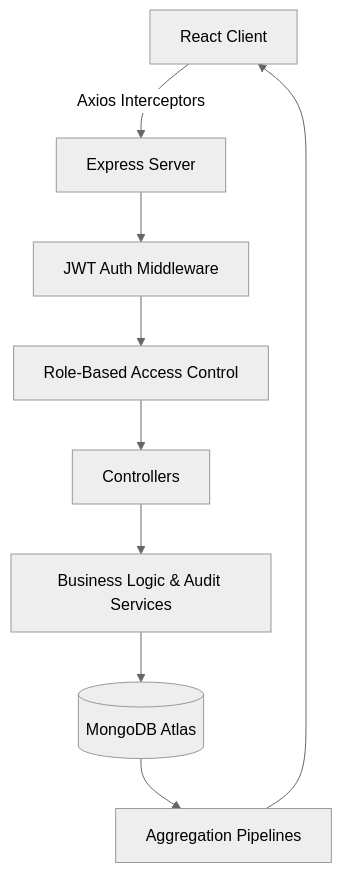
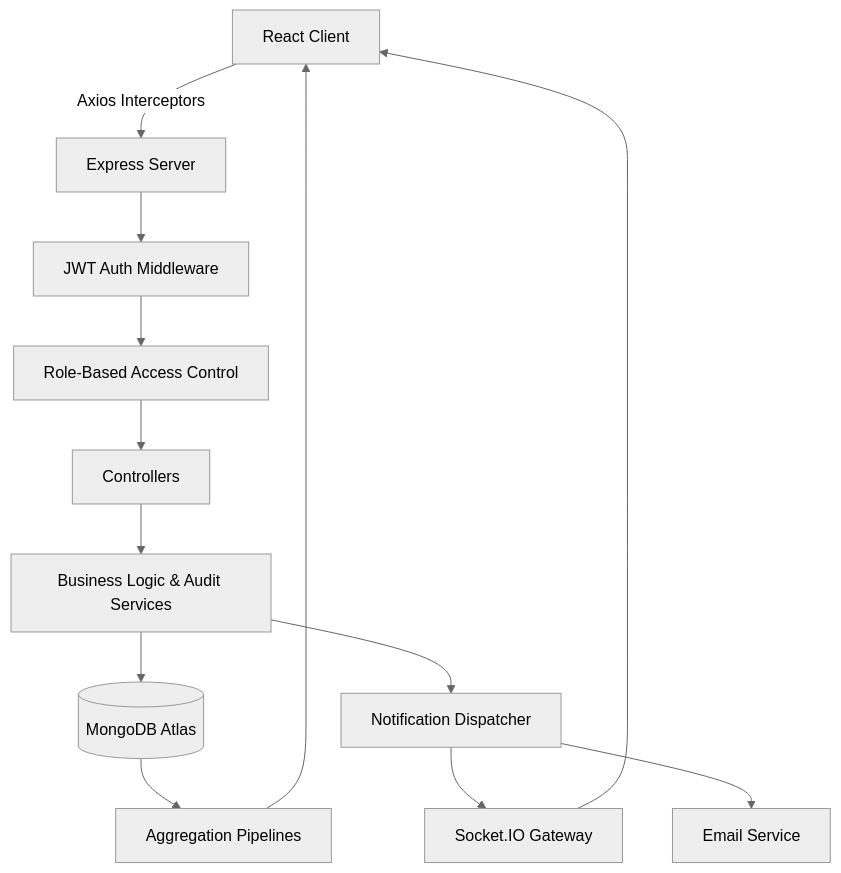
Before and after one commit to Sameer07-web/vendorhub-enterprise-platform: the diagram in README.md, drawn with Mermaid (neutral theme). The commit also changed other lines of this file and 40 other files, not shown here.

````diff
--- a/README.md
+++ b/README.md
@@ -37,11 +40,15 @@
 ```mermaid
 graph TD
     Client[React Client] -->|Axios Interceptors| Express[Express Server]
     Express --> Auth[JWT Auth Middleware]
     Auth --> RBAC[Role-Based Access Control]
     RBAC --> Controllers[Controllers]
     Controllers --> Services[Business Logic & Audit Services]
     Services --> DB[(MongoDB Atlas)]
     DB --> Aggregations[Aggregation Pipelines]
     Aggregations --> Client
+    Services --> Dispatcher[Notification Dispatcher]
+    Dispatcher --> Sockets[Socket.IO Gateway]
+    Dispatcher --> Email[Email Service]
+    Sockets --> Client
 ```
````
